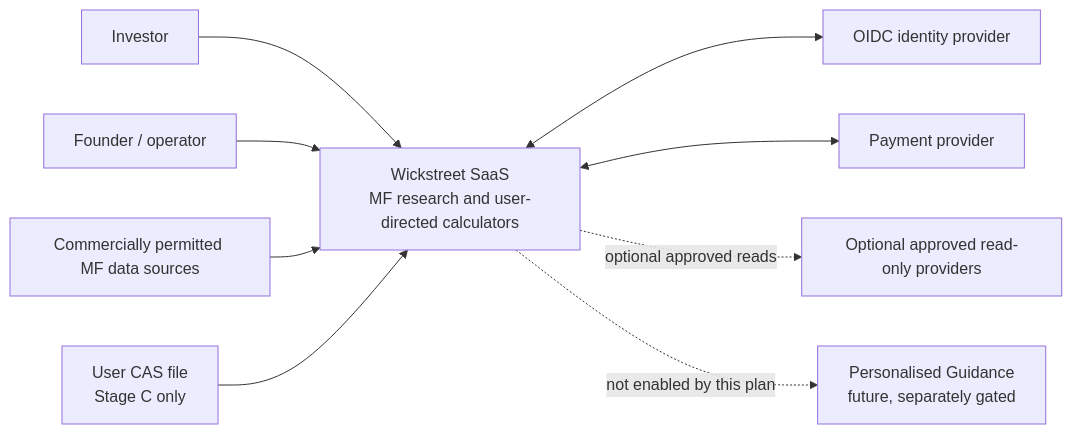
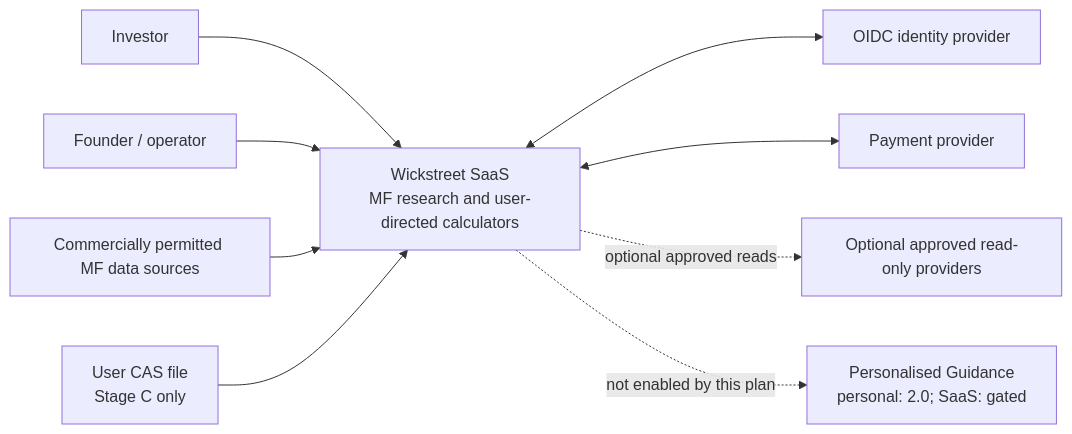
One commit to varun-uec/StocksMomentum changed the first of 4 diagrams in docs/architecture/ADD-amendment-A3.md. Above: the diagram before and after it, drawn with Mermaid. The commit also changed other lines of this file and 14 other files, not shown here.

````diff
--- a/docs/architecture/ADD-amendment-A3.md
+++ b/docs/architecture/ADD-amendment-A3.md
@@ -99,20 +101,20 @@
 ```mermaid
 flowchart LR
   Investor["Investor"]
   Operator["Founder / operator"]
   Product["Wickstreet SaaS<br/>MF research and user-directed calculators"]
   Market["Commercially permitted MF data sources"]
   CAS["User CAS file<br/>Stage C only"]
   IdP["OIDC identity provider"]
   Pay["Payment provider"]
   Broker["Optional approved read-only providers"]
-  Guidance["Personalised Guidance<br/>future, separately gated"]
+  Guidance["Personalised Guidance<br/>personal: 2.0; SaaS: gated"]
   Investor --> Product
   Operator --> Product
   Market --> Product
   CAS --> Product
   Product <--> IdP
   Product <--> Pay
   Product -. optional approved reads .-> Broker
   Product -. not enabled by this plan .-> Guidance
 ```
````
